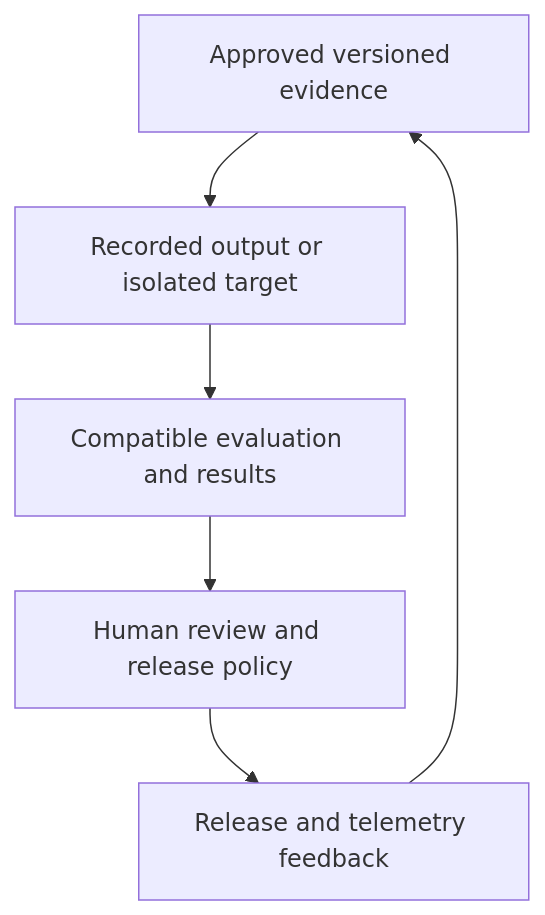
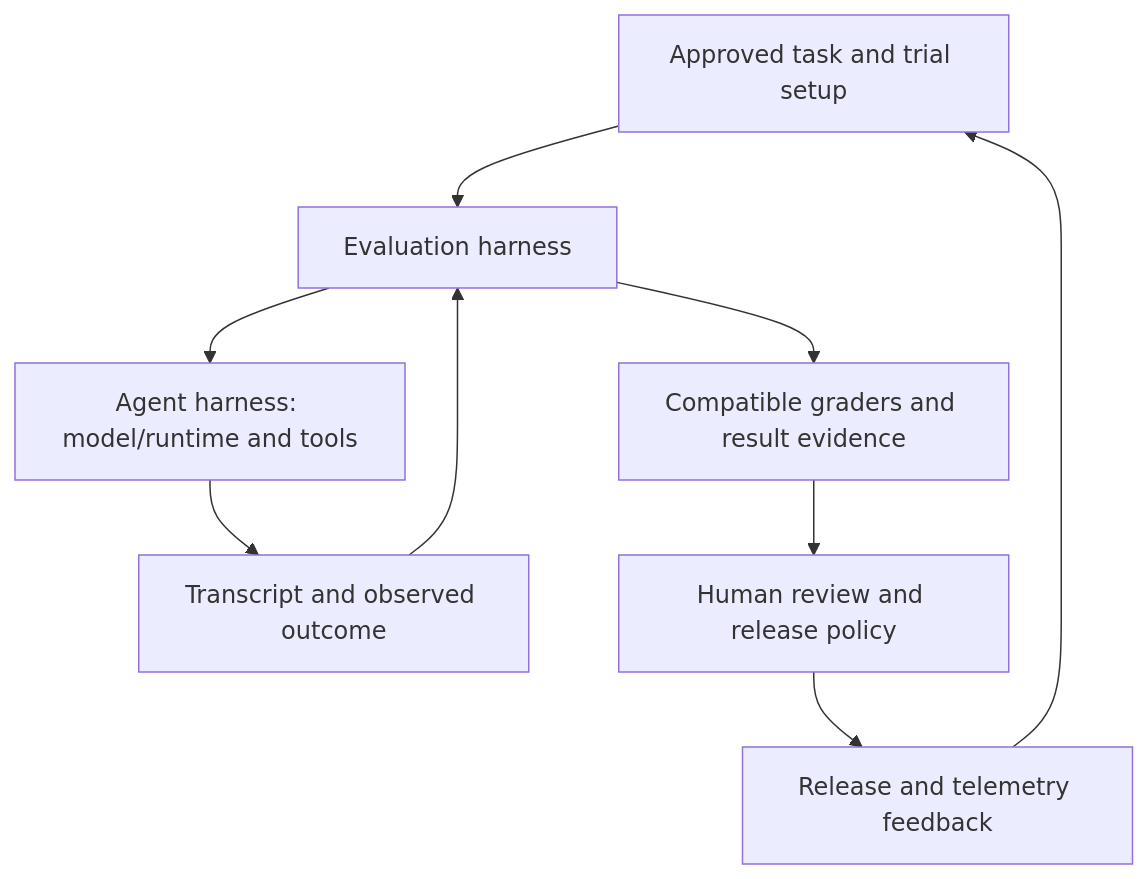
Before and after one commit to JimPiquant/evaluation-articles: the diagram in articles/reference-architecture/reference-architecture.md, drawn with Mermaid. The commit also changed other lines of this file and 47 other files, not shown here.

````diff
--- a/articles/reference-architecture/reference-architecture.md
+++ b/articles/reference-architecture/reference-architecture.md
@@ -23,8 +23,11 @@
 ```mermaid
 flowchart TD
-    A[Approved versioned evidence] --> B[Recorded output or isolated target]
-    B --> C[Compatible evaluation and results]
-    C --> D[Human review and release policy]
-    D --> E[Release and telemetry feedback]
-    E --> A
+    A[Approved task and trial setup] --> B[Evaluation harness]
+    B --> C[Agent harness: model/runtime and tools]
+    C --> D[Transcript and observed outcome]
+    D --> B
+    B --> E[Compatible graders and result evidence]
+    E --> F[Human review and release policy]
+    F --> G[Release and telemetry feedback]
+    G --> A
 ```
````
